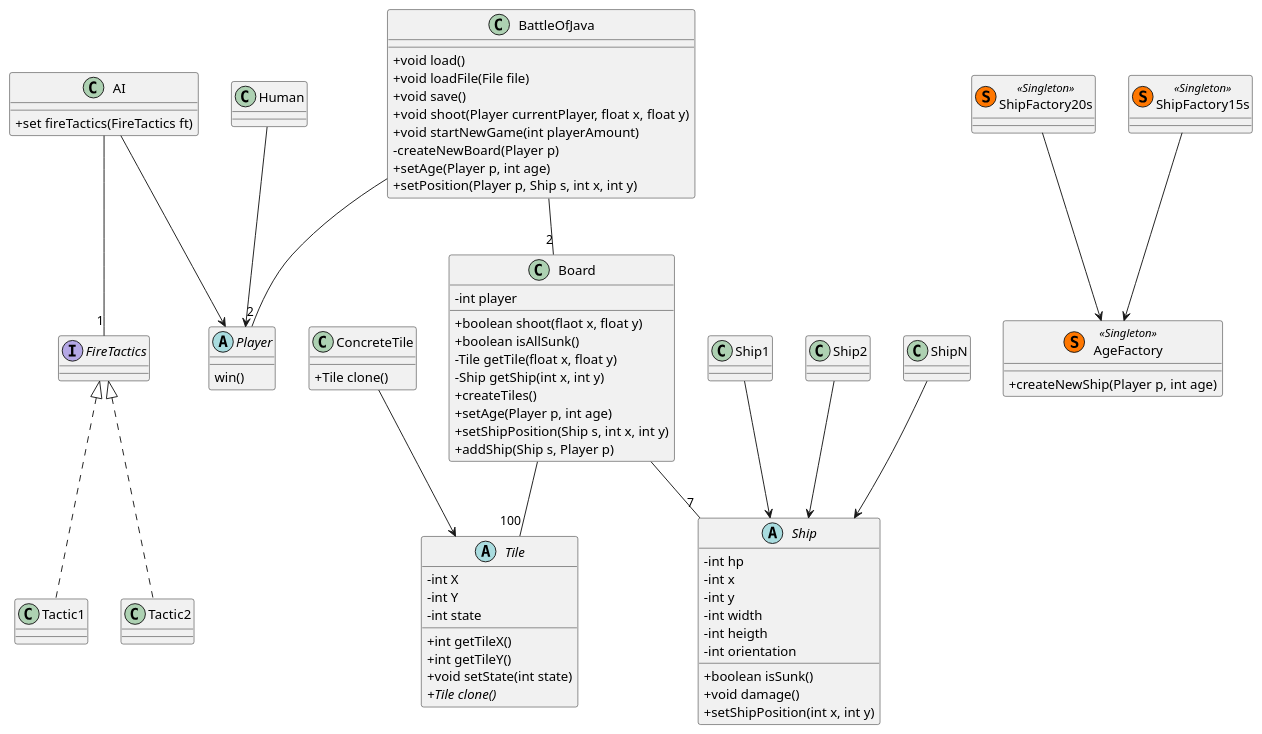
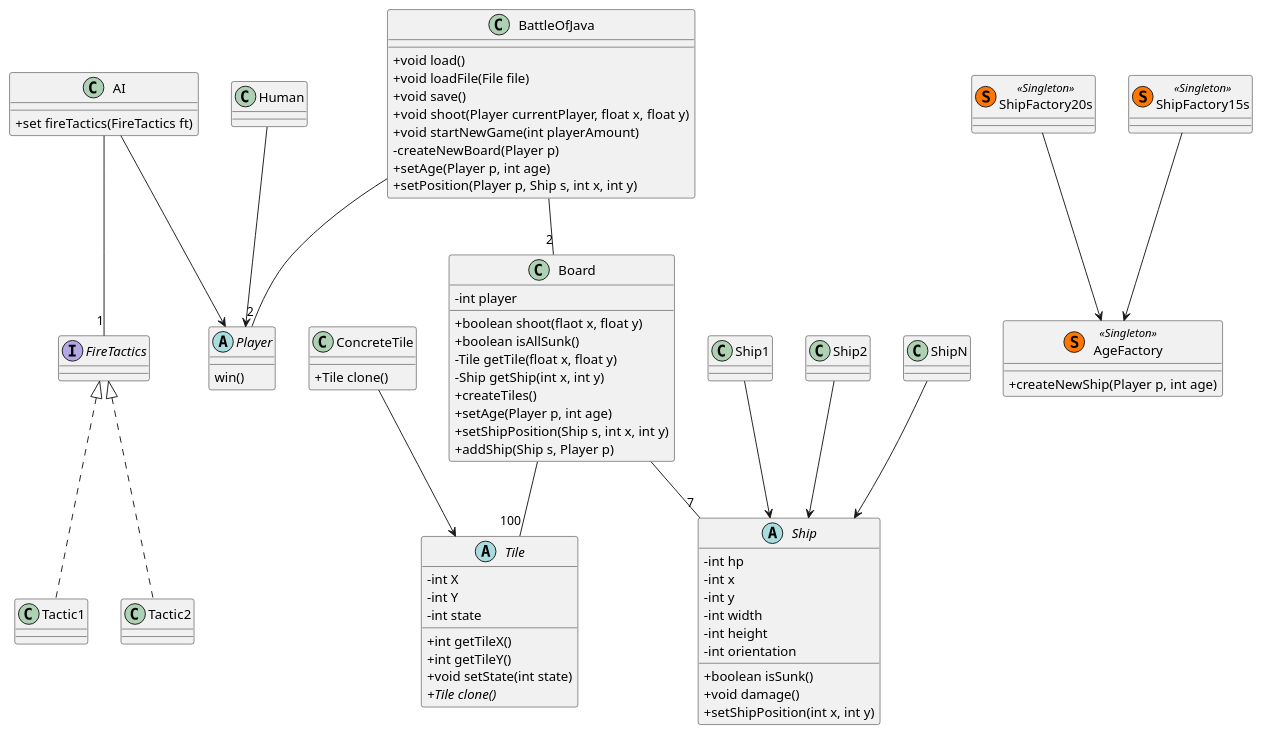
The diagram in doc/Conception/Diagramme de classes/diagrammeDeClasse.puml (Dylanlicho/BattleOfJava), drawn with PlantUML before and after one commit. The commit also changed 23 other files, not shown here.

Commit message:
Renommage, corrections, diagramme de classe

```diff
--- a/doc/Conception/Diagramme de classes/diagrammeDeClasse.puml
+++ b/doc/Conception/Diagramme de classes/diagrammeDeClasse.puml
@@ -2,95 +2,95 @@
  @startuml
 
 skinparam classAttributeIconSize 0
 
 AI --> Player
 Human --> Player
 
 
 BattleOfJava --"2" Player
 BattleOfJava --"2" Board
 Board --"100" Tile
 ConcreteTile --> Tile
 
 Board --"7" Ship
 Ship1 --> Ship
 Ship2 --> Ship
 ShipN --> Ship
 
 class AgeFactory << (S,#FF7700) Singleton >> {
 	+ createNewShip(Player p, int age)
 }
 
 class ShipFactory20s << (S,#FF7700) Singleton >>
 class ShipFactory15s << (S,#FF7700) Singleton >>
 ShipFactory15s --> AgeFactory
 ShipFactory20s --> AgeFactory
 
 class BattleOfJava {
 	+ void load()
 	+ void loadFile(File file)
 	+ void save()
 	+ void shoot(Player currentPlayer, float x, float y)
 	+ void startNewGame(int playerAmount)
 	- createNewBoard(Player p)
 	+ setAge(Player p, int age)
 	+ setPosition(Player p, Ship s, int x, int y)
 }
 
 class Board {
 	- int player
 	+ boolean shoot(flaot x, float y)
 	+ boolean isAllSunk()
 	- Tile getTile(float x, float y)
 	- Ship getShip(int x, int y)
 	+ createTiles()
 	+ setAge(Player p, int age)
 	+ setShipPosition(Ship s, int x, int y)
 	+ addShip(Ship s, Player p)
 }
 
 abstract class Tile {
 	- int X
 	- int Y
 	- int state
 	+ int getTileX()
 	+ int getTileY()
 	+ void setState(int state)
 	+ {abstract}Tile clone()
 }
 
 class ConcreteTile {
 	+ Tile clone()
 }
 
 abstract class Ship {
 	- int hp
 	- int x
 	- int y
 	- int width
-	- int heigth
+	- int height
 	- int orientation
 	+ boolean isSunk()
 	+ void damage()
 	+ setShipPosition(int x, int y)
 }
 
 abstract class Player {
 	win()
 }
 
 class AI {
 	+ set fireTactics(FireTactics ft)
 }
 
 AI --"1" FireTactics
 interface FireTactics {
 
 }
 
 class Tactic1 implements FireTactics {
 }
 class Tactic2 implements FireTactics {
 }
 
 @enduml
```
